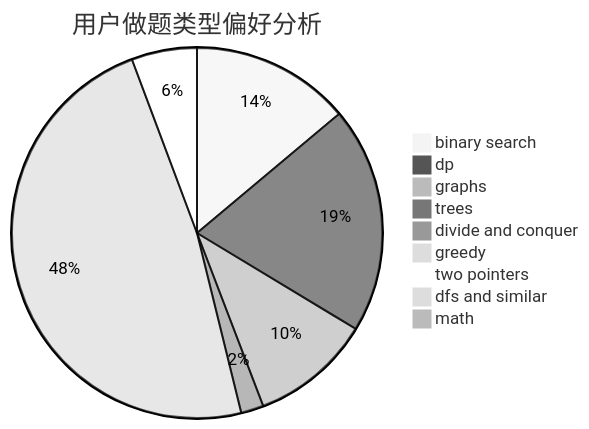
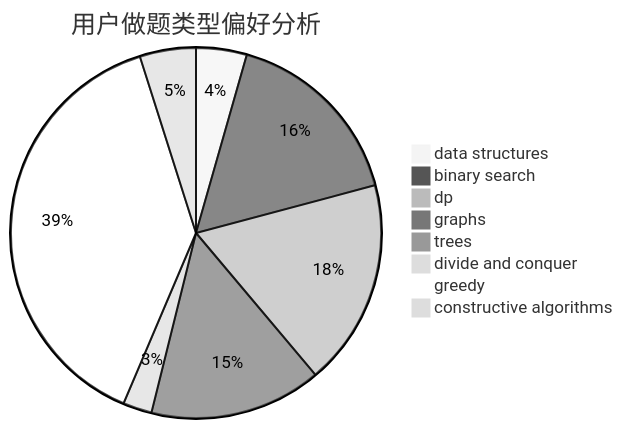
The second of 3 diagrams in docs/user/u707.md (sherpahu/cfrs.github.io), drawn with Mermaid (neutral theme) before and after one commit. The commit also changed other lines of this file and 2775 other files, not shown here.

````diff
--- a/docs/user/u707.md
+++ b/docs/user/u707.md
@@ -23,12 +23,11 @@
 ```mermaid
 pie title 用户做题类型偏好分析
-    "binary search" :  190
-    "dp" :  270
-    "graphs" :  144
+    "data structures" :  28
+    "binary search" :  104
+    "dp" :  114
+    "graphs" :  95
     "trees" :  2
-    "divide and conquer" :  27
-    "greedy" :  658
-    "two pointers" :  78
-    "dfs and similar" :  8
-    "math" :  8
+    "divide and conquer" :  16
+    "greedy" :  245
+    "constructive algorithms" :  31
 ```
````
